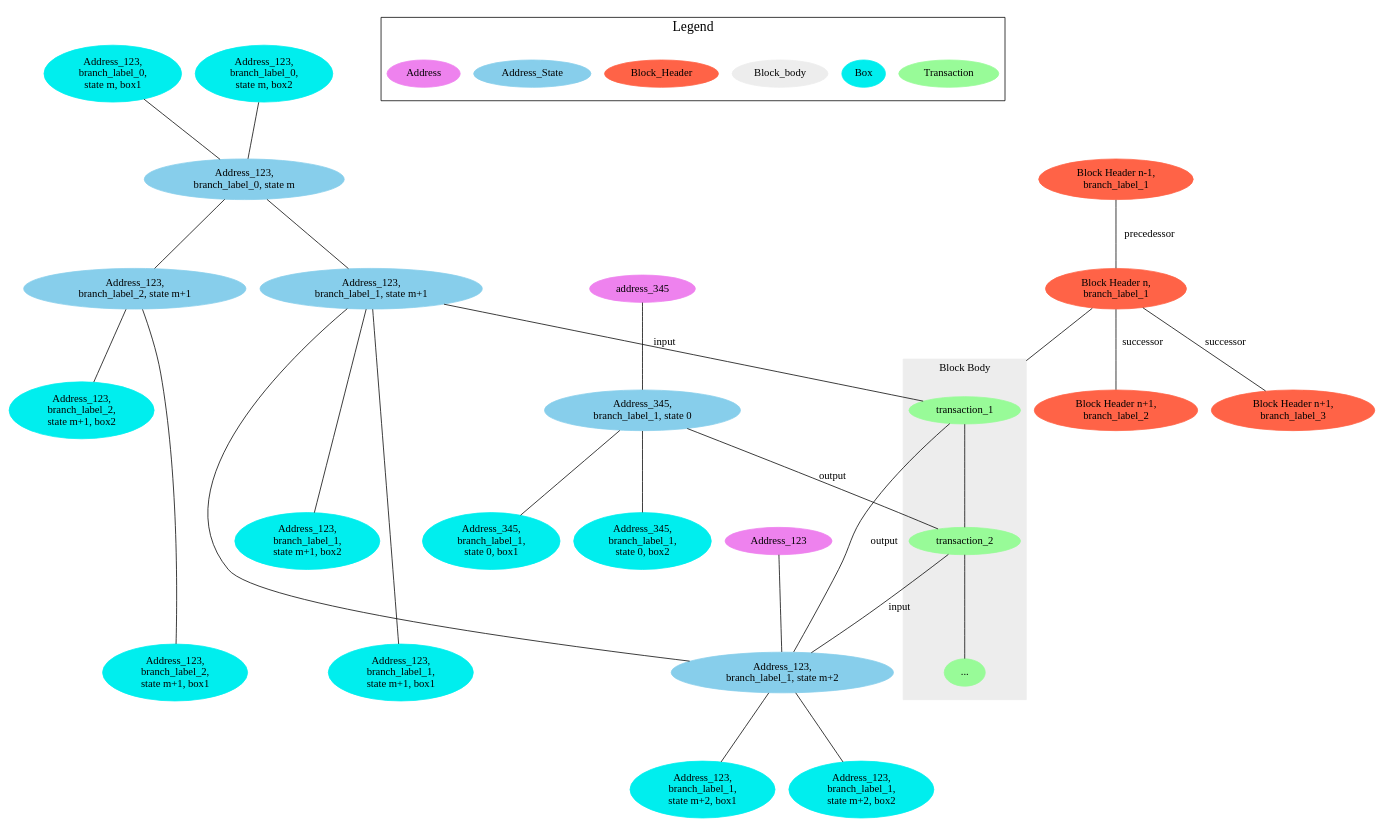
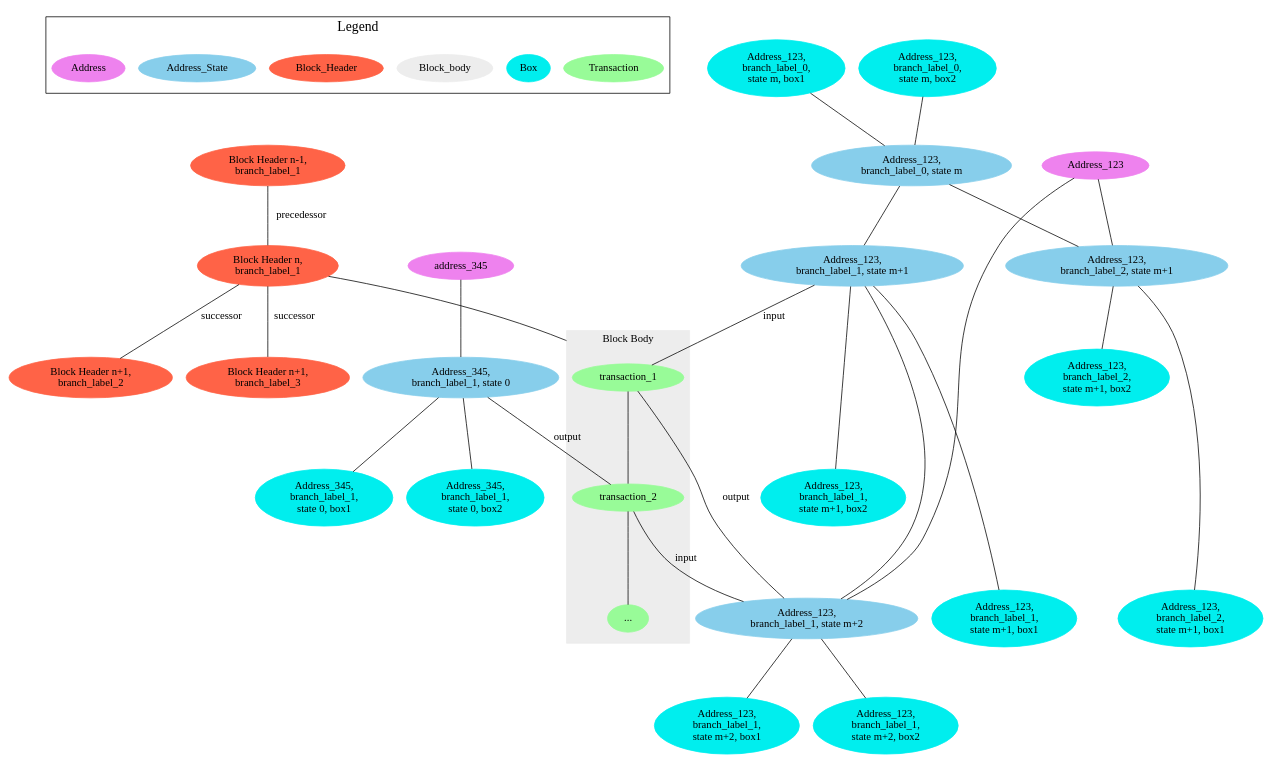
Before and after one commit to mgrand-topl/PlantUML_Sandbox: the diagram in genus_block_data_model.dot, drawn with Graphviz.

```diff
--- a/genus_block_data_model.dot
+++ b/genus_block_data_model.dot
@@ -1,66 +1,68 @@
 graph g {
+  subgraph cluster_legend {
+    label=Legend
+    fontsize=18
+    Transaction [color=palegreen, style=filled]
+    Box [color=cyan2, style=filled]
+    Block_body [color=gray93, style=filled]
+    Block_Header [color=tomato, style=filled]
+    Address_State [color=skyblue, style=filled]
+    Address [color=violet, style=filled]
+  }
+
   ratio= 0.6;
   compound=true;
   "Block Header n,\nbranch_label_1" [color=tomato, style=filled]
   "Block Header n-1,\nbranch_label_1" [color=tomato, style=filled]
   "Block Header n-1,\nbranch_label_1"
   "Block Header n-1,\nbranch_label_1" -- "Block Header n,\nbranch_label_1" [label = "precedessor"];
   "Block Header n,\nbranch_label_1" -- "Block Header n+1,\nbranch_label_2" [label = "successor"]
   "Block Header n,\nbranch_label_1" -- "Block Header n+1,\nbranch_label_3" [label = "successor"]
   "Block Header n,\nbranch_label_1"
   "Block Header n,\nbranch_label_1" -- transaction_1 [lhead=cluster0]
   "Block Header n+1,\nbranch_label_2" [color=tomato, style=filled]
   "Block Header n+1,\nbranch_label_2"
   "Block Header n+1,\nbranch_label_3" [color=tomato, style=filled]
 
   subgraph cluster0 {
     label = "Block Body"
     color=gray93
     style=filled
     "..." [color=palegreen, style=filled]
     transaction_1 -- transaction_2 -- "...";
   }
   "Address_123,\nbranch_label_0,\nstate m, box1" [color=cyan2, style=filled]
   "Address_123,\nbranch_label_0,\nstate m, box2" [color=cyan2, style=filled]
   {"Address_123,\nbranch_label_0,\nstate m, box1" "Address_123,\nbranch_label_0,\nstate m, box2"} -- "Address_123,\nbranch_label_0, state m"
   "Address_123,\nbranch_label_0, state m" [color=skyblue, style=filled]
   "Address_123,\nbranch_label_0, state m" --  {"Address_123,\nbranch_label_1, state m+1" "Address_123,\nbranch_label_2, state m+1"}
   "Address_123,\nbranch_label_1, state m+1" [color=skyblue, style=filled]
   "Address_123,\nbranch_label_1,\nstate m+1, box1" [color=cyan2, style=filled]
   "Address_123,\nbranch_label_1,\nstate m+1, box2" [color=cyan2, style=filled]
   "Address_123,\nbranch_label_1, state m+1" -- "Address_123,\nbranch_label_1,\nstate m+1, box1" [minlen="3"]
   "Address_123,\nbranch_label_1, state m+1" -- "Address_123,\nbranch_label_1,\nstate m+1, box2" [minlen="2"]
   "Address_123,\nbranch_label_2,\nstate m+1, box1" [color=cyan2, style=filled]
   "Address_123,\nbranch_label_2,\nstate m+1, box2" [color=cyan2, style=filled]
   "Address_123,\nbranch_label_2, state m+1" [color=skyblue, style=filled]
   "Address_123,\nbranch_label_2, state m+1" -- "Address_123,\nbranch_label_2,\nstate m+1, box1" [minlen="3"]
   "Address_123,\nbranch_label_2, state m+1" -- "Address_123,\nbranch_label_2,\nstate m+1, box2"
   "Address_123,\nbranch_label_1, state m+1" -- transaction_1 [label="input"]
   "Address_123,\nbranch_label_1,\nstate m+2, box1" [color=cyan2, style=filled]
   "Address_123,\nbranch_label_1,\nstate m+2, box2" [color=cyan2, style=filled]
   "Address_123,\nbranch_label_1, state m+1" -- "Address_123,\nbranch_label_1, state m+2" -- {"Address_123,\nbranch_label_1,\nstate m+2, box1" "Address_123,\nbranch_label_1,\nstate m+2, box2"}
   transaction_1 [color=palegreen, style=filled]
   "Address_123,\nbranch_label_1, state m+2" [color=skyblue, style=filled]
   transaction_1 -- "Address_123,\nbranch_label_1, state m+2" [label = "output"]
   transaction_2 [color=palegreen, style=filled]
   transaction_2 -- "Address_123,\nbranch_label_1, state m+2" [label="input"]
   Address_123 [color=violet, style=filled]
   Address_123 -- "Address_123,\nbranch_label_1, state m+2"
+  Address_123 -- "Address_123,\nbranch_label_2, state m+1"
   "Address_345,\nbranch_label_1, state 0" [color=skyblue, style=filled]
   "Address_345,\nbranch_label_1, state 0" -- transaction_2 [label="output"]
   "Address_345,\nbranch_label_1,\nstate 0, box1" [color=cyan2, style=filled]
   "Address_345,\nbranch_label_1,\nstate 0, box2" [color=cyan2, style=filled]
   "Address_345,\nbranch_label_1, state 0" -- {"Address_345,\nbranch_label_1,\nstate 0, box1" "Address_345,\nbranch_label_1,\nstate 0, box2"}
   "address_345" [color=violet, style=filled]
   "address_345" -- "Address_345,\nbranch_label_1, state 0"
-  subgraph cluster_legend {
-    label=Legend
-    fontsize=18
-    Transaction [color=palegreen, style=filled]
-    Box [color=cyan2, style=filled]
-    Block_body [color=gray93, style=filled]
-    Block_Header [color=tomato, style=filled]
-    Address_State [color=skyblue, style=filled]
-    Address [color=violet, style=filled]
-  }
 }
```
